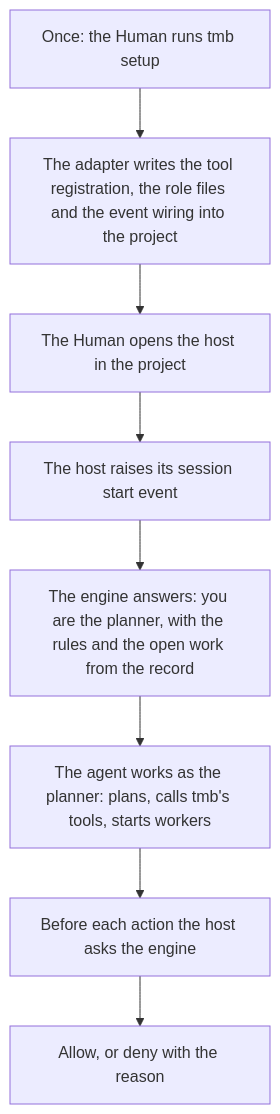
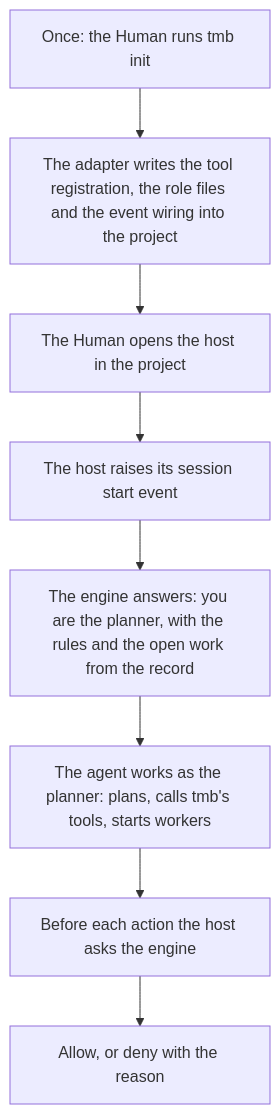
Before and after one commit to trustmybot/tmb: the second of 3 diagrams in docs/architecture/HOSTS.md, drawn with Mermaid. The commit also changed other lines of this file and 21 other files, not shown here.

First line of the commit message:
✨ feat: tmb init and tmb onboard split tmb setup in two

````diff
--- a/docs/architecture/HOSTS.md
+++ b/docs/architecture/HOSTS.md
@@ -77,10 +77,10 @@
 ```mermaid
 flowchart TD
-    S[Once: the Human runs tmb setup] --> W[The adapter writes the tool registration, the role files and the event wiring into the project]
+    S[Once: the Human runs tmb init] --> W[The adapter writes the tool registration, the role files and the event wiring into the project]
     W --> O[The Human opens the host in the project]
     O --> SS[The host raises its session start event]
     SS --> E[The engine answers: you are the planner, with the rules and the open work from the record]
     E --> P[The agent works as the planner: plans, calls tmb's tools, starts workers]
     P --> C[Before each action the host asks the engine]
     C --> D[Allow, or deny with the reason]
 ```
````
